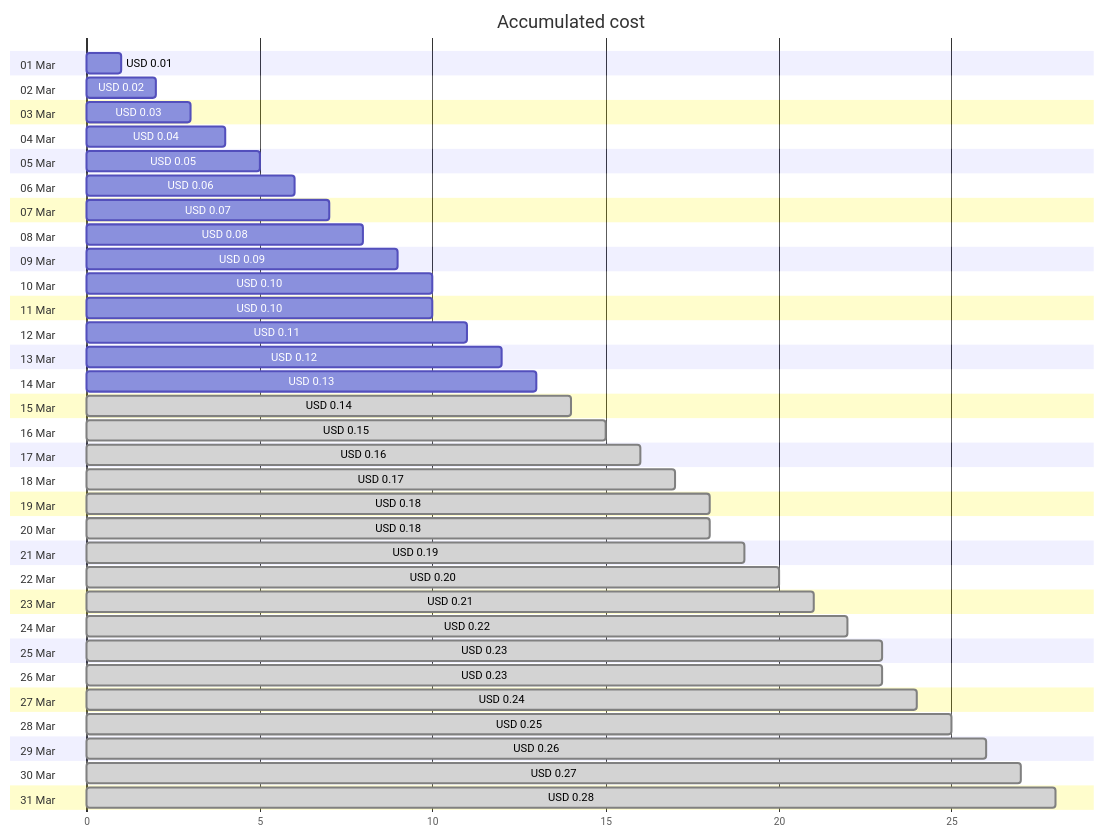
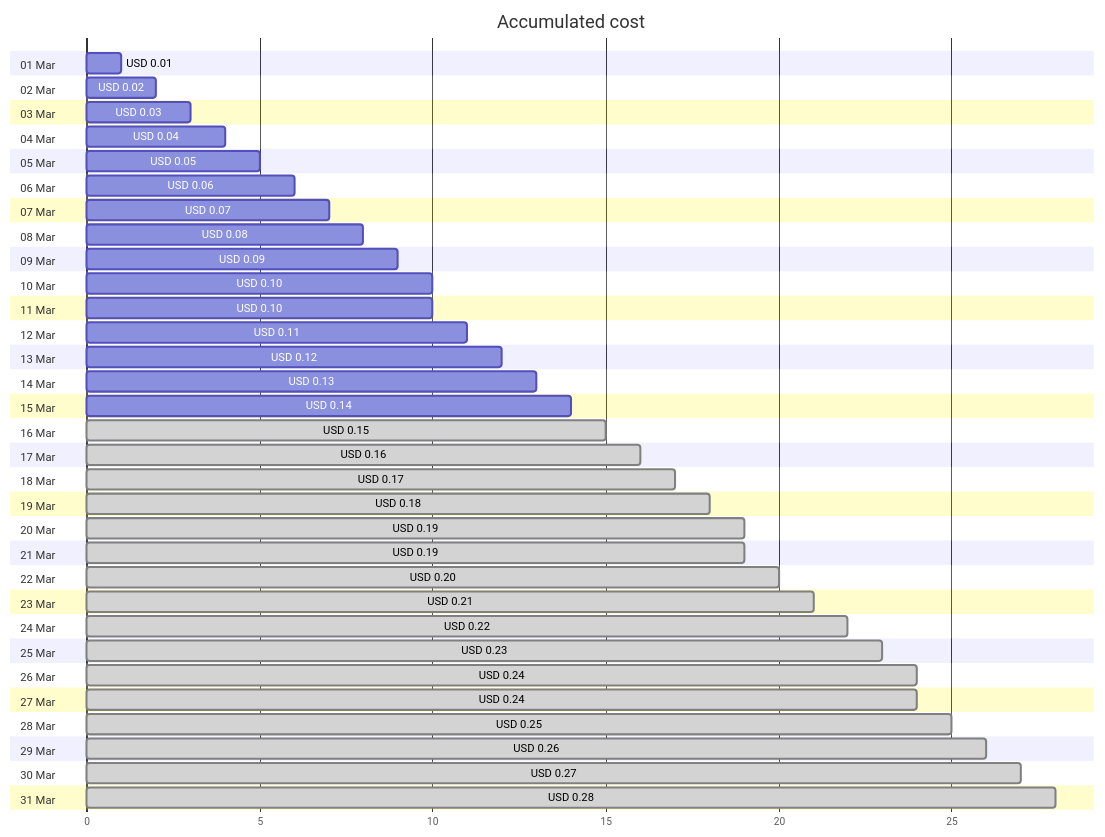
One commit to jpfulton/azure-personal-reports changed the first of 4 diagrams in cost-reports/cloud-shell-storage-eastus/README.md. Above: the diagram before and after it, drawn with Mermaid. The commit also changed other lines of this file and 1 other file, not shown here.

````diff
--- a/cost-reports/cloud-shell-storage-eastus/README.md
+++ b/cost-reports/cloud-shell-storage-eastus/README.md
@@ -20,68 +20,68 @@
 ```mermaid
 gantt
    title Accumulated cost
    dateFormat  X
    axisFormat %s
    section 01 Mar
    USD 0.01 :0, 1
    section 02 Mar
    USD 0.02 :0, 2
    section 03 Mar
    USD 0.03 :0, 3
    section 04 Mar
    USD 0.04 :0, 4
    section 05 Mar
    USD 0.05 :0, 5
    section 06 Mar
    USD 0.06 :0, 6
    section 07 Mar
    USD 0.07 :0, 7
    section 08 Mar
    USD 0.08 :0, 8
    section 09 Mar
    USD 0.09 :0, 9
    section 10 Mar
    USD 0.10 :0, 10
    section 11 Mar
    USD 0.10 :0, 10
    section 12 Mar
    USD 0.11 :0, 11
    section 13 Mar
    USD 0.12 :0, 12
    section 14 Mar
    USD 0.13 :0, 13
    section 15 Mar
-   USD 0.14 : done, 0, 14
+   USD 0.14 :0, 14
    section 16 Mar
    USD 0.15 : done, 0, 15
    section 17 Mar
    USD 0.16 : done, 0, 16
    section 18 Mar
    USD 0.17 : done, 0, 17
    section 19 Mar
    USD 0.18 : done, 0, 18
    section 20 Mar
-   USD 0.18 : done, 0, 18
+   USD 0.19 : done, 0, 19
    section 21 Mar
    USD 0.19 : done, 0, 19
    section 22 Mar
    USD 0.20 : done, 0, 20
    section 23 Mar
    USD 0.21 : done, 0, 21
    section 24 Mar
    USD 0.22 : done, 0, 22
    section 25 Mar
    USD 0.23 : done, 0, 23
    section 26 Mar
-   USD 0.23 : done, 0, 23
+   USD 0.24 : done, 0, 24
    section 27 Mar
    USD 0.24 : done, 0, 24
    section 28 Mar
    USD 0.25 : done, 0, 25
    section 29 Mar
    USD 0.26 : done, 0, 26
    section 30 Mar
    USD 0.27 : done, 0, 27
    section 31 Mar
    USD 0.28 : done, 0, 28
 ```
````
